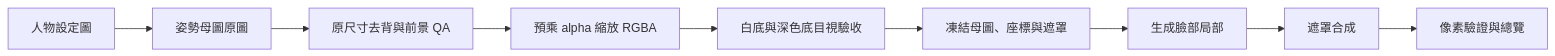
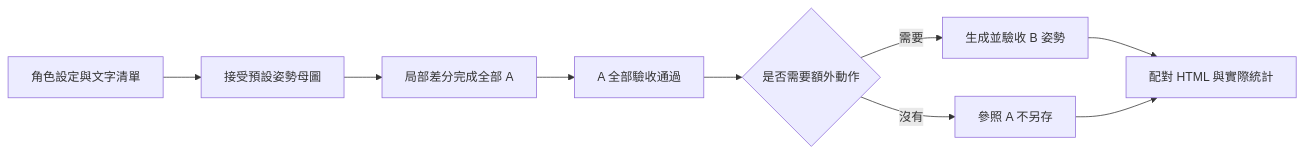
Before and after one commit to Colorzuiko/expression-portrait-generation: the diagram in README.md, drawn with Mermaid. The commit also changed other lines of this file and 17 other files, not shown here.

````diff
--- a/README.md
+++ b/README.md
@@ -44,11 +41,11 @@
-```mermaid
+~~~mermaid
 flowchart LR
-  A[人物設定圖] --> B[姿勢母圖原圖]
-  B --> C[原尺寸去背與前景 QA]
-  C --> D[預乘 alpha 縮放 RGBA]
-  D --> E[白底與深色底目視驗收]
-  E --> F[凍結母圖、座標與遮罩]
-  F --> G[生成臉部局部]
-  G --> H[遮罩合成]
-  H --> I[像素驗證與總覽]
-```
+  A[角色設定與文字清單] --> B[接受預設姿勢母圖]
+  B --> C[局部差分完成全部 A]
+  C --> D[A 全部驗收通過]
+  D --> E{是否需要額外動作}
+  E -->|需要| F[生成並驗收 B 姿勢]
+  E -->|沒有| G[參照 A 不另存]
+  F --> H[配對 HTML 與實際統計]
+  G --> H
+~~~
````
